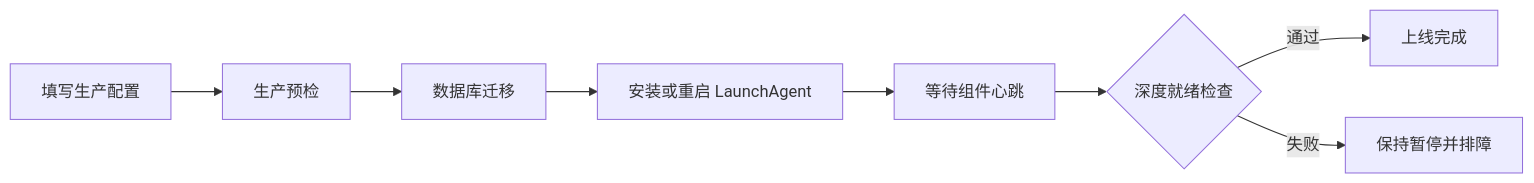
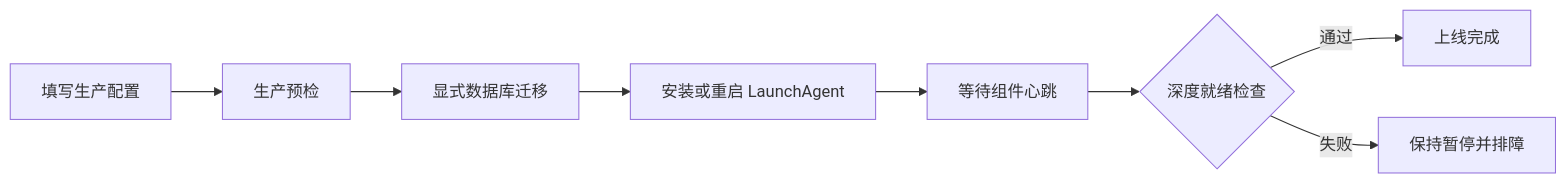
Before and after one commit to ruiwang20010702/ai-employee: the second of 2 diagrams in docs/生产运维手册.md, drawn with Mermaid. The commit also changed other lines of this file and 134 other files, not shown here.

````diff
--- a/docs/生产运维手册.md
+++ b/docs/生产运维手册.md
@@ -41,10 +96,10 @@
 ```mermaid
 flowchart LR
     A["填写生产配置"] --> B["生产预检"]
-    B --> C["数据库迁移"]
+    B --> C["显式数据库迁移"]
     C --> D["安装或重启 LaunchAgent"]
     D --> E["等待组件心跳"]
     E --> F{"深度就绪检查"}
     F -->|"通过"| G["上线完成"]
     F -->|"失败"| H["保持暂停并排障"]
 ```
````
